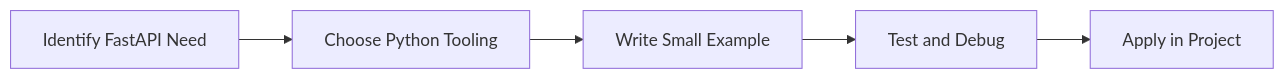
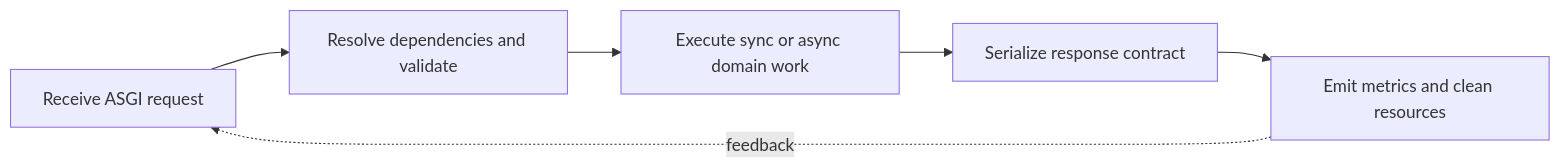
One commit to SYMOIZ/E-Learning-Portal changed the diagram in Python-Mastery/Advanced/27-fastapi.md. Above: the diagram before and after it, drawn with Mermaid. The commit also changed other lines of this file and 116 other files, not shown here.

````diff
--- a/Python-Mastery/Advanced/27-fastapi.md
+++ b/Python-Mastery/Advanced/27-fastapi.md
@@ -154,7 +179,8 @@
 ```mermaid
 flowchart LR
-    A[Identify FastAPI Need] --> B[Choose Python Tooling]
-    B --> C[Write Small Example]
-    C --> D[Test and Debug]
-    D --> E[Apply in Project]
+    A[Receive ASGI request] --> B[Resolve dependencies and validate]
+    B --> C[Execute sync or async domain work]
+    C --> D[Serialize response contract]
+    D --> E[Emit metrics and clean resources]
+    E -. feedback .-> A
 ```
````
